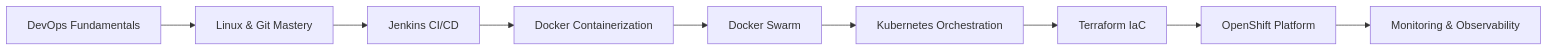
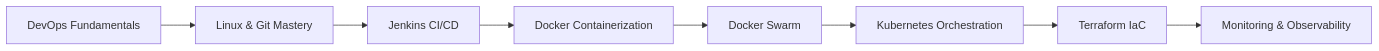
The diagram in Section-2-DevOps/README.md (manikcloud/cloud-devops-learning-path), drawn with Mermaid before and after one commit. The commit also changed other lines of this file, not shown here.

Commit message:
Restore detailed OpenShift README from commit 636eaef

````diff
--- a/Section-2-DevOps/README.md
+++ b/Section-2-DevOps/README.md
@@ -44,11 +44,10 @@
 ```mermaid
 graph LR
     A[DevOps Fundamentals] --> B[Linux & Git Mastery]
     B --> C[Jenkins CI/CD]
     C --> D[Docker Containerization]
     D --> E[Docker Swarm]
     E --> F[Kubernetes Orchestration]
     F --> G[Terraform IaC]
-    G --> H[OpenShift Platform]
-    H --> I[Monitoring & Observability]
+    G --> H[Monitoring & Observability]
 ```
````
